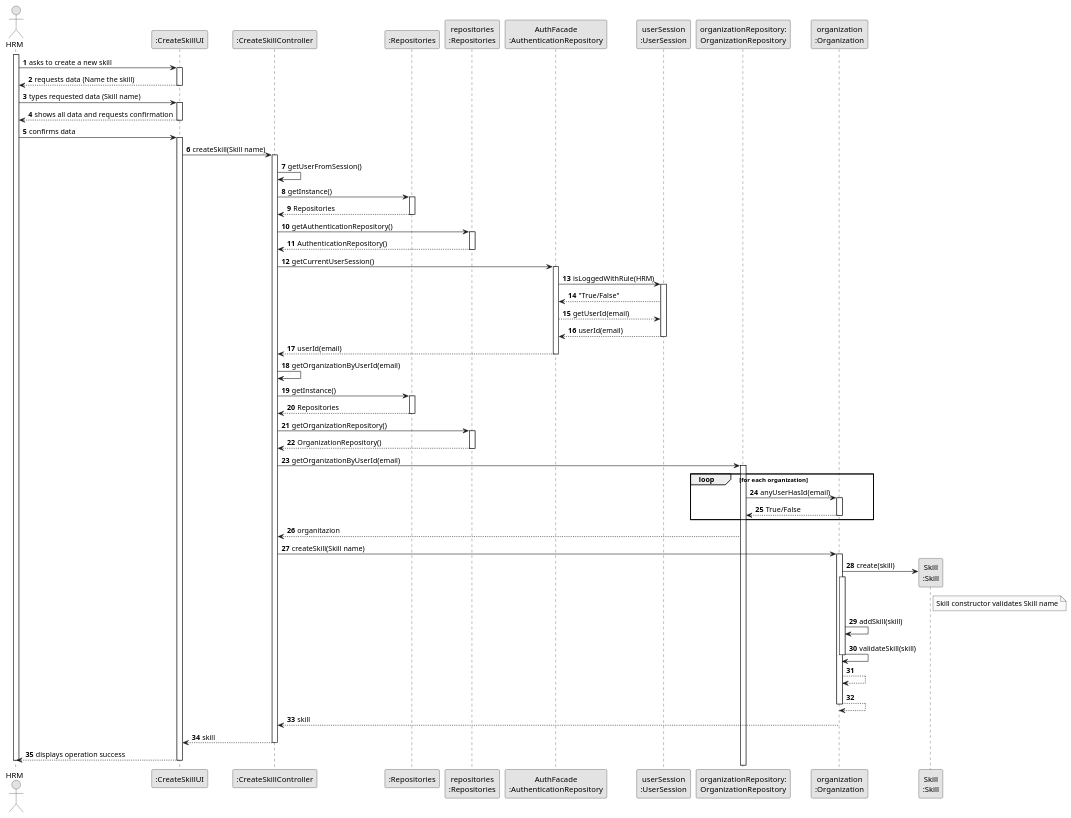
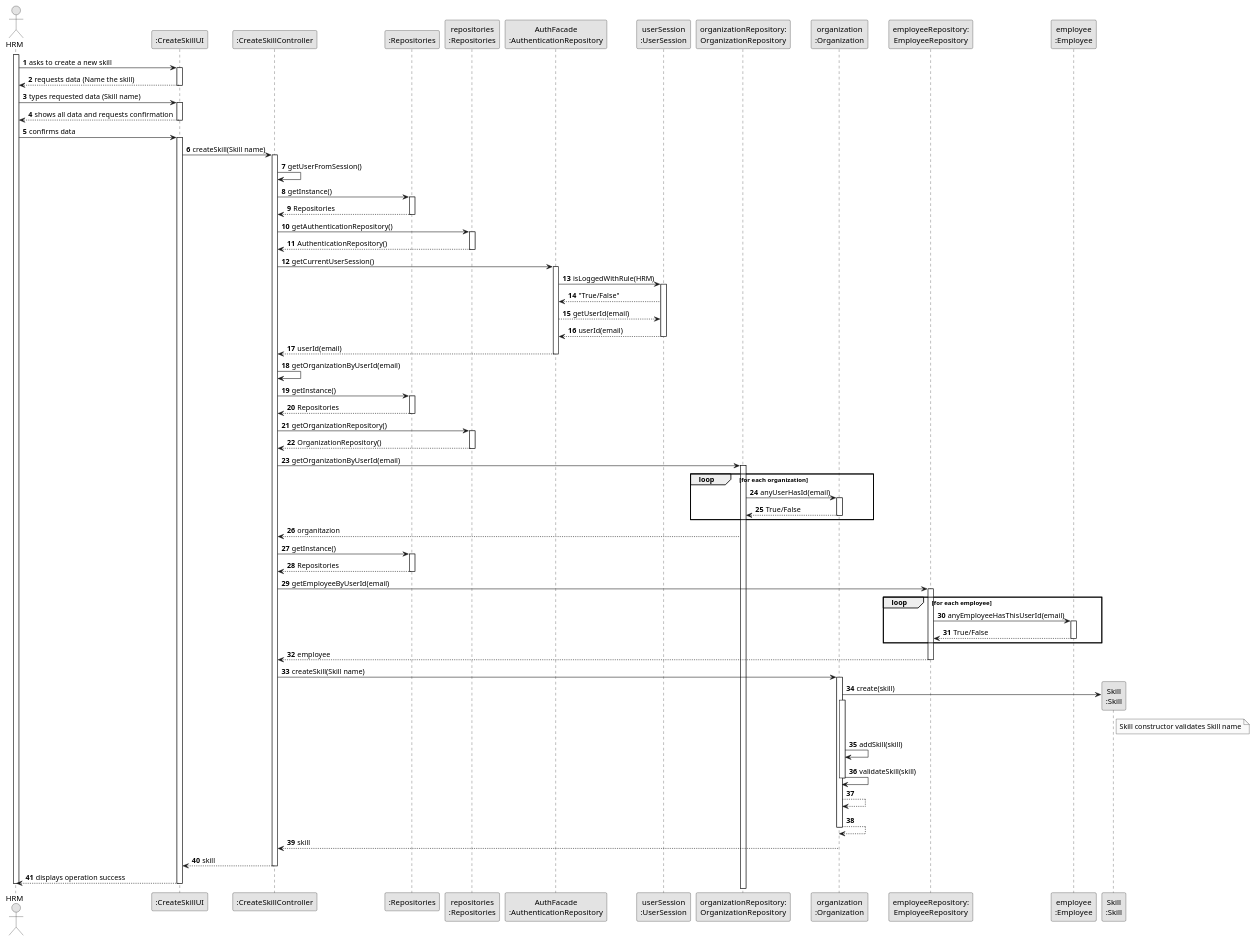
One commit to Mendoncaa/LAPR2 changed the diagram in docs/sprintC/us001/03.design/puml/us001-sequence-diagram-full.puml. Above: the diagram before and after it, drawn with PlantUML. The commit also changed 3 other files, not shown here.

Commit message:
Update US01 sequence diagram

```diff
--- a/docs/sprintC/us001/03.design/puml/us001-sequence-diagram-full.puml
+++ b/docs/sprintC/us001/03.design/puml/us001-sequence-diagram-full.puml
@@ -1,129 +1,148 @@
 @startuml
 skinparam monochrome true
 skinparam packageStyle rectangle
 skinparam shadowing false
 
 autonumber
 
 'hide footbox
 actor "HRM" as ADM
 participant ":CreateSkillUI" as UI
 participant ":CreateSkillController" as CTRL
 participant ":Repositories" as RepositorySingleton
 participant "repositories\n:Repositories" as PLAT
 participant "AuthFacade\n:AuthenticationRepository" as AUTHREP
 participant "userSession\n:UserSession" as USER
 participant "organizationRepository:\nOrganizationRepository" as OrganizationRepository
 participant "organization\n:Organization" as ORG
+participant "employeeRepository:\nEmployeeRepository" as EMPREP
+participant "employee\n:Employee" as EMP
 participant "Skill\n:Skill" as SKILL
 
 activate ADM
 
         ADM -> UI : asks to create a new skill
         activate UI
 
         UI --> ADM : requests data (Name the skill)
     deactivate UI
 
     ADM -> UI : types requested data (Skill name)
     activate UI
 
         UI --> ADM : shows all data and requests confirmation
     deactivate UI
 
     ADM -> UI : confirms data
     activate UI
 
         UI -> CTRL : createSkill(Skill name)
         activate CTRL
 
         CTRL -> CTRL : getUserFromSession()
 
         CTRL -> RepositorySingleton : getInstance()
         activate RepositorySingleton
         CTRL <-- RepositorySingleton : Repositories
         deactivate RepositorySingleton
 
         CTRL -> PLAT : getAuthenticationRepository()
 
         activate PLAT
         CTRL <-- PLAT : AuthenticationRepository()
         deactivate PLAT
 
         CTRL -> AUTHREP : getCurrentUserSession()
         activate AUTHREP
 
         AUTHREP -> USER : isLoggedWithRule(HRM)
         activate USER
 
         AUTHREP <-- USER : "True/False"
         AUTHREP --> USER : getUserId(email)
         AUTHREP <-- USER : userId(email)
         deactivate USER
 
         CTRL <-- AUTHREP : userId(email)
         deactivate AUTHREP
 
         CTRL -> CTRL : getOrganizationByUserId(email)
 
 
         CTRL -> RepositorySingleton : getInstance()
         activate RepositorySingleton
         CTRL <-- RepositorySingleton : Repositories
         deactivate RepositorySingleton
 
 
 
         CTRL -> PLAT : getOrganizationRepository()
         activate PLAT
         CTRL <-- PLAT : OrganizationRepository()
         deactivate PLAT
 
 
         CTRL -> OrganizationRepository :getOrganizationByUserId(email)
         activate OrganizationRepository
             loop for each organization
             OrganizationRepository -> ORG : anyUserHasId(email)
             activate ORG
             OrganizationRepository <-- ORG : True/False
             deactivate ORG
             end loop
 
         CTRL <-- OrganizationRepository : organitazion
 
+        CTRL -> RepositorySingleton : getInstance()
+             activate RepositorySingleton
+             CTRL <-- RepositorySingleton : Repositories
+              deactivate RepositorySingleton
+
+         CTRL -> EMPREP :getEmployeeByUserId(email)
+             activate EMPREP
+             loop for each employee
+             EMPREP -> EMP : anyEmployeeHasThisUserId(email)
+             activate EMP
+             EMPREP <-- EMP : True/False
+             deactivate EMP
+             end loop
+
+             CTRL <-- EMPREP : employee
+             deactivate EMPREP
 
 
-            CTRL -> ORG: createSkill(Skill name)
+
+        CTRL -> ORG: createSkill(Skill name)
             activate ORG
 
-                ORG -> SKILL**: create(skill)
-                note right of SKILL
-                  Skill constructor validates Skill name
-                endnote
+            ORG -> SKILL**: create(skill)
+            note right of SKILL
+            Skill constructor validates Skill name
+            endnote
 
 
-                activate ORG
-                    ORG -> ORG: addSkill(skill)
-                    ORG -> ORG: validateSkill(skill)
+        activate ORG
+            ORG -> ORG: addSkill(skill)
+            ORG -> ORG: validateSkill(skill)
 
-                    deactivate ORG
+            deactivate ORG
 
-                    ORG --> ORG
-                    ORG --> ORG
-                deactivate ORG
+            ORG --> ORG
+            ORG --> ORG
+            deactivate ORG
 
-                ORG --> CTRL : skill
+            ORG --> CTRL : skill
 
             deactivate ORG
 
             CTRL --> UI: skill
             deactivate CTRL
             UI --> ADM: displays operation success
     deactivate UI
 
 deactivate ADM
 
 
 
 
 @enduml
```
